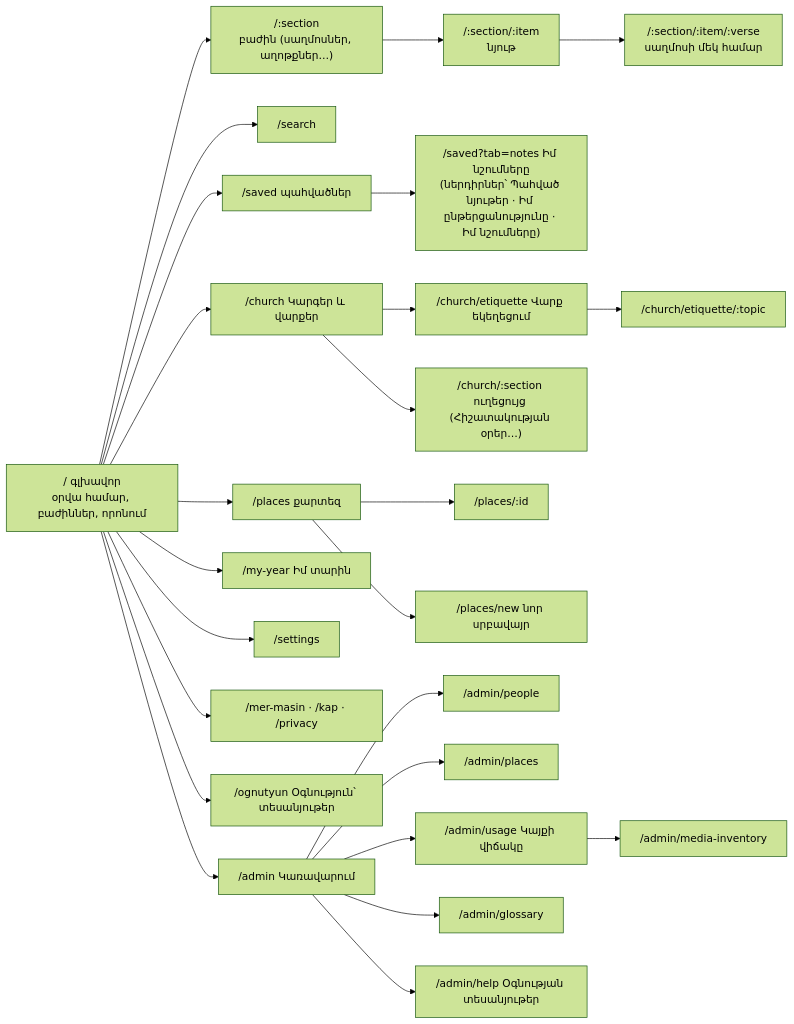
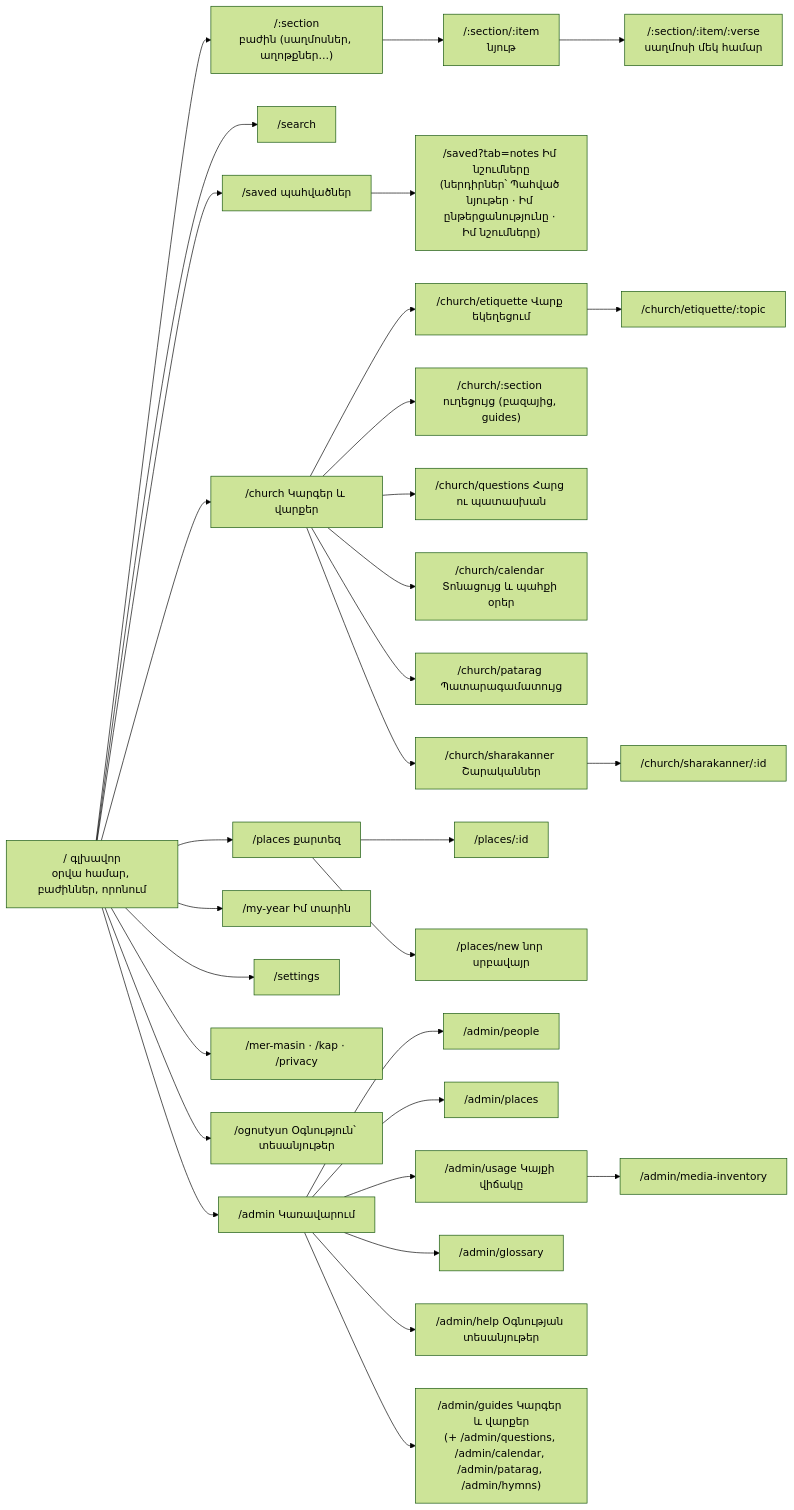
The fifth of 27 diagrams in docs/ARCHITECTURE.md (T0n0yan/armenian-apostolic-digital-library), drawn with Mermaid (forest theme) before and after one commit. The commit also changed other lines of this file and 15 other files, not shown here.

First line of the commit message:
Ուղեցույց, քայլ 5. ձայնագրությունների սեղմում (church/), Շարականներ, Ժամերգություններ ↔ շարականներ, ճարտարապետության փաստաթուղթ

````diff
--- a/docs/ARCHITECTURE.md
+++ b/docs/ARCHITECTURE.md
@@ -326,28 +326,33 @@
 ```mermaid
 flowchart LR
   HOME["/ գլխավոր<br/>օրվա համար, բաժիններ, որոնում"]
   HOME --> SEC["/:section<br/>բաժին (սաղմոսներ, աղոթքներ…)"]
   SEC --> MAT["/:section/:item<br/>նյութ"]
   MAT --> VERSE["/:section/:item/:verse<br/>սաղմոսի մեկ համար"]
   HOME --> SEARCH["/search"]
   HOME --> SAVED["/saved պահվածներ"]
   SAVED --> NOTES["/saved?tab=notes Իմ նշումները<br/>(ներդիրներ՝ Պահված նյութեր · Իմ ընթերցանությունը · Իմ նշումները)"]
   HOME --> PLACES["/places քարտեզ"]
   HOME --> CH["/church Կարգեր և վարքեր"]
   CH --> ETQ["/church/etiquette Վարք եկեղեցում"]
   ETQ --> ETQT["/church/etiquette/:topic"]
-  CH --> CHG["/church/:section ուղեցույց (Հիշատակության օրեր…)"]
+  CH --> CHG["/church/:section ուղեցույց (բազայից, guides)"]
+  CH --> CHQ["/church/questions Հարց ու պատասխան"]
+  CH --> CHC["/church/calendar Տոնացույց և պահքի օրեր"]
+  CH --> CHP["/church/patarag Պատարագամատույց"]
+  CH --> CHH["/church/sharakanner Շարականներ"] --> CHH1["/church/sharakanner/:id"]
   PLACES --> PLACE["/places/:id"]
   PLACES --> PNEW["/places/new նոր սրբավայր"]
   HOME --> MY["/my-year Իմ տարին"]
   HOME --> SET["/settings"]
   HOME --> INFO["/mer-masin · /kap · /privacy"]
   HOME --> HELP["/ognutyun Օգնություն՝ տեսանյութեր"]
   HOME --> ADM["/admin Կառավարում"]
   ADM --> A1["/admin/people"]
   ADM --> A2["/admin/places"]
   ADM --> A3["/admin/usage Կայքի վիճակը"]
   ADM --> A4["/admin/glossary"]
   ADM --> A6["/admin/help Օգնության տեսանյութեր"]
+  ADM --> A7["/admin/guides Կարգեր և վարքեր<br/>(+ /admin/questions, /admin/calendar, /admin/patarag, /admin/hymns)"]
   A3 --> A5["/admin/media-inventory"]
 ```
````
